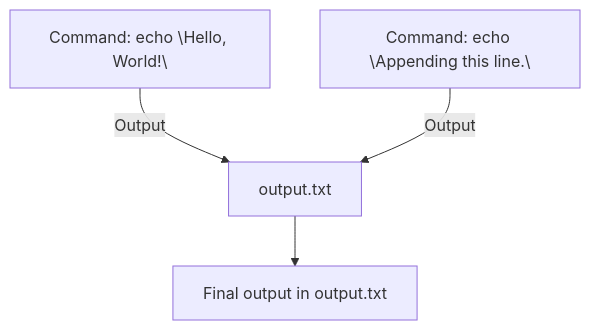
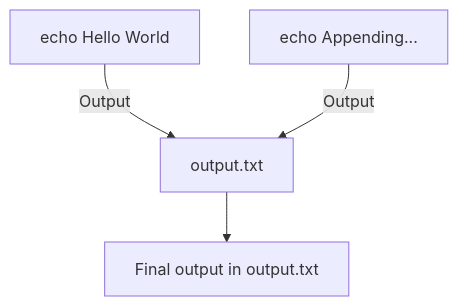
One commit to 42jerrykim/42jerrykim.github.io changed the fifth of 15 diagrams in content/post/2024/2024-09-10-Shell-Redirection/index.md. Above: the diagram before and after it, drawn with Mermaid. The commit also changed other lines of this file and 239 other files, not shown here.

````diff
--- a/content/post/2024/2024-09-10-Shell-Redirection/index.md
+++ b/content/post/2024/2024-09-10-Shell-Redirection/index.md
@@ -363,6 +257,6 @@
 ```mermaid
-graph TD;
-    A["Command: echo \"Hello, World!\""] -->|Output| B[output.txt];
-    A2["Command: echo \"Appending this line.\""] -->|Output| B;
-    B --> C[Final output in output.txt];
+graph TD
+    Cmd1["echo Hello World"] -->|"Output"| OutTxt["output.txt"]
+    Cmd2["echo Appending..."] -->|"Output"| OutTxt
+    OutTxt --> Final["Final output in output.txt"]
 ```
````
